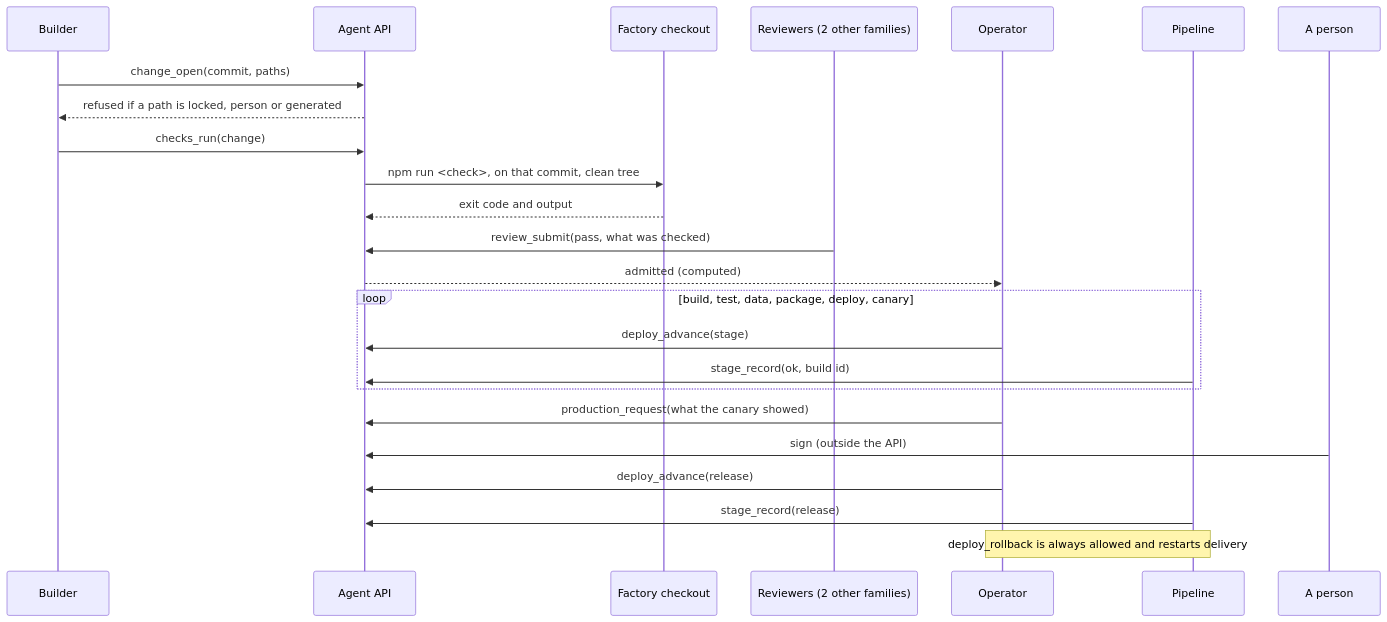
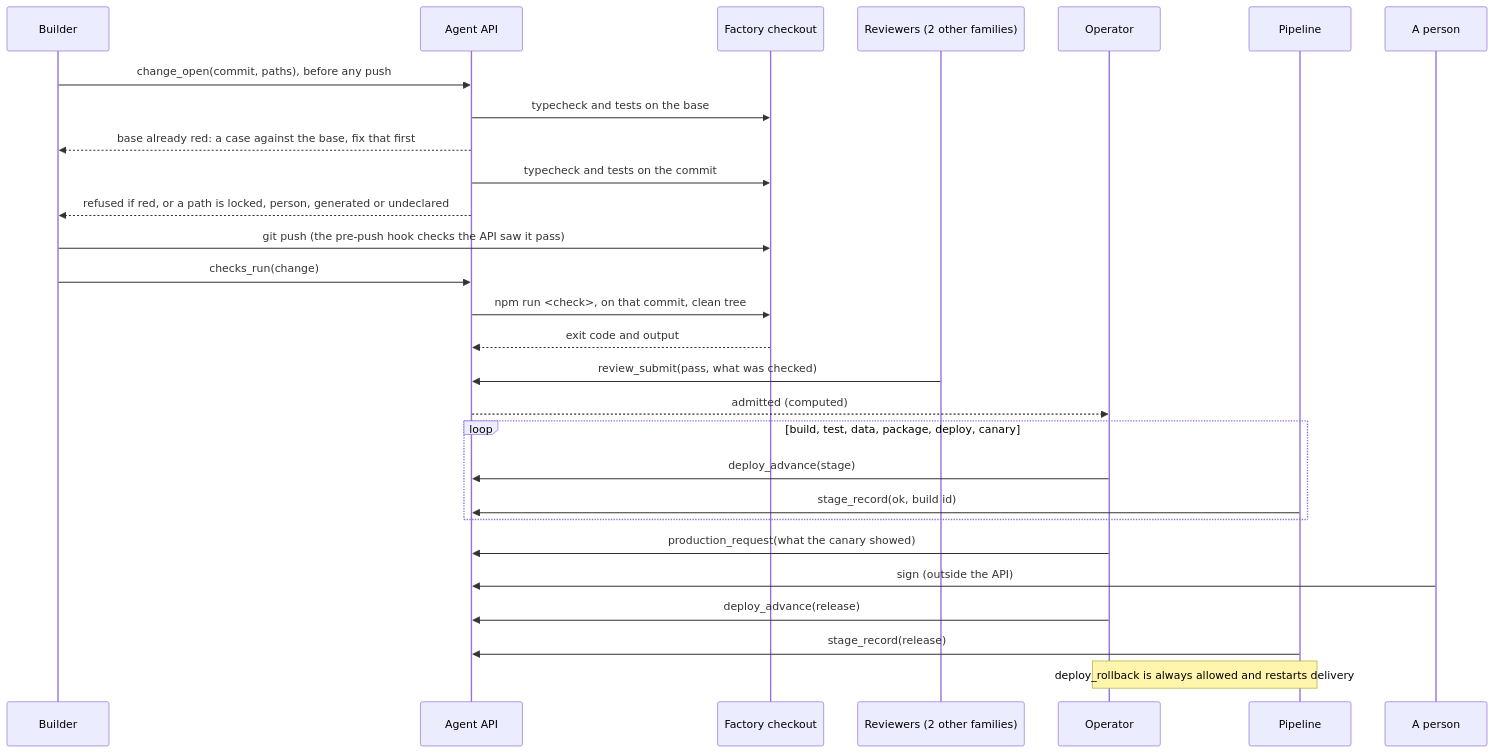
Before and after one commit to russlittle/ZTHR: the third of 5 diagrams in intent/docs/agents.md, drawn with Mermaid. The commit also changed other lines of this file and 5 other files, not shown here.

First line of the commit message:
The builder runs the existing tests before anything is pushed

````diff
--- a/intent/docs/agents.md
+++ b/intent/docs/agents.md
@@ -74,26 +74,30 @@
 ```mermaid
 sequenceDiagram
   participant B as Builder
   participant API as Agent API
   participant F as Factory checkout
   participant V as Reviewers (2 other families)
   participant O as Operator
   participant PL as Pipeline
   participant H as A person
-  B->>API: change_open(commit, paths)
-  API-->>B: refused if a path is locked, person or generated
+  B->>API: change_open(commit, paths), before any push
+  API->>F: typecheck and tests on the base
+  API-->>B: base already red: a case against the base, fix that first
+  API->>F: typecheck and tests on the commit
+  API-->>B: refused if red, or a path is locked, person, generated or undeclared
+  B->>F: git push (the pre-push hook checks the API saw it pass)
   B->>API: checks_run(change)
   API->>F: npm run <check>, on that commit, clean tree
   F-->>API: exit code and output
   V->>API: review_submit(pass, what was checked)
   API-->>O: admitted (computed)
   loop build, test, data, package, deploy, canary
     O->>API: deploy_advance(stage)
     PL->>API: stage_record(ok, build id)
   end
   O->>API: production_request(what the canary showed)
   H->>API: sign (outside the API)
   O->>API: deploy_advance(release)
   PL->>API: stage_record(release)
   Note over O,PL: deploy_rollback is always allowed and restarts delivery
 ```
````
